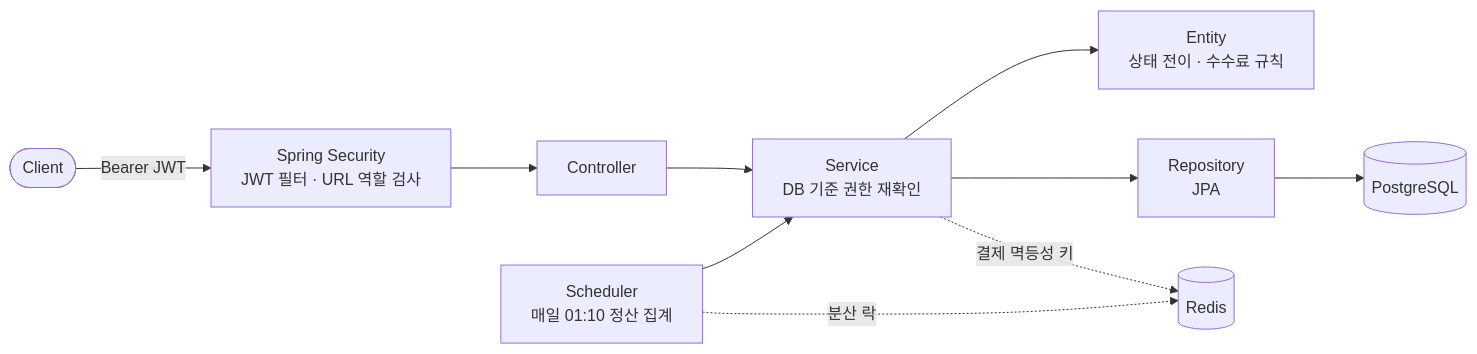
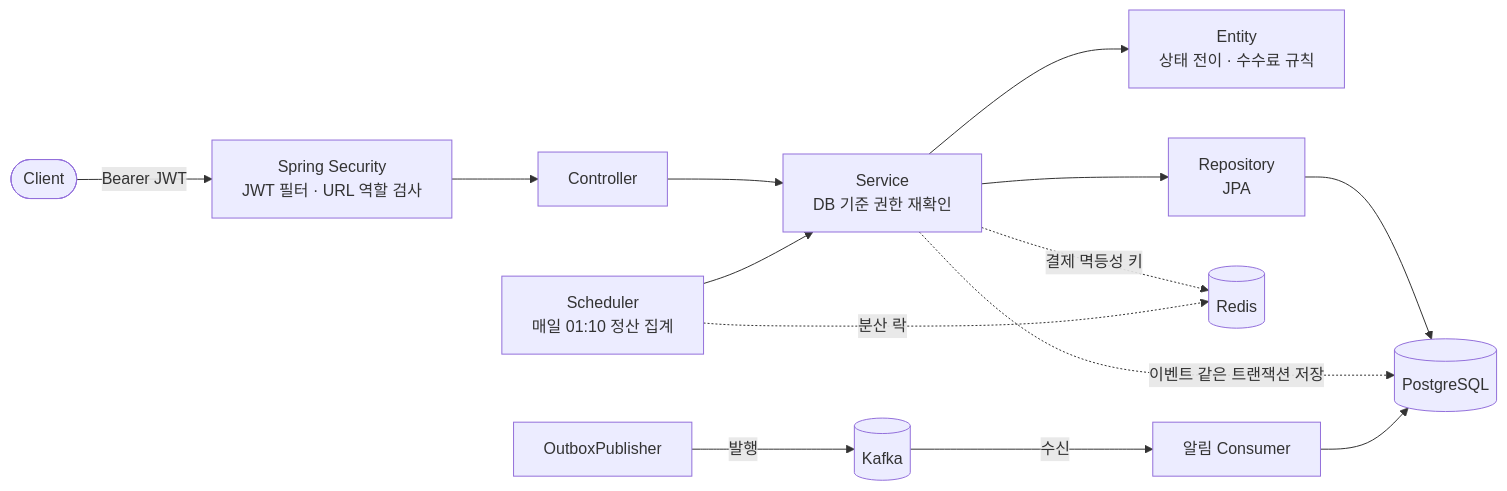
One commit to gajigaji-dev/Spring-Delivery-mini changed the diagram in README.md. Above: the diagram before and after it, drawn with Mermaid. The commit also changed other lines of this file and 77 other files, not shown here.

Commit message:
[FEAT] Kafka Transactional Outbox 및 알림 이벤트 처리#42

````diff
--- a/README.md
+++ b/README.md
@@ -17,10 +18,12 @@
 ```mermaid
 flowchart LR
     client([Client]) -->|Bearer JWT| sec[Spring Security<br/>JWT 필터 · URL 역할 검사]
     sec --> ctrl[Controller] --> svc[Service<br/>DB 기준 권한 재확인]
     svc --> ent[Entity<br/>상태 전이 · 수수료 규칙]
     svc --> repo[Repository<br/>JPA] --> db[(PostgreSQL)]
     sch[Scheduler<br/>매일 01:10 정산 집계] --> svc
     svc -.결제 멱등성 키.-> redis[(Redis)]
     sch -.분산 락.-> redis
+    svc -.이벤트 같은 트랜잭션 저장.-> db
+    pub[OutboxPublisher] -->|발행| kafka[(Kafka)] -->|수신| lsn[알림 Consumer] --> db
 ```
````
